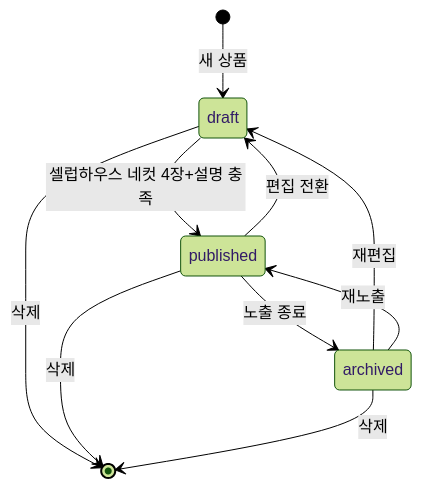
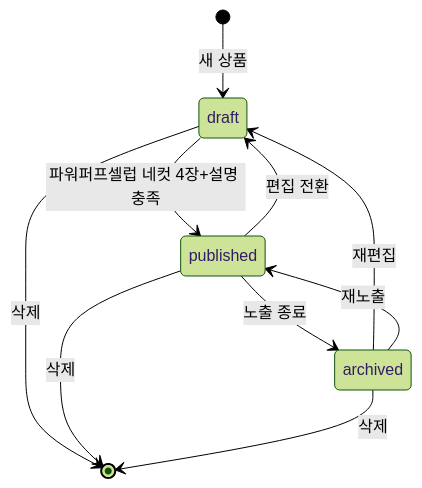
One commit to hwangsanghan0519/blog changed the third of 14 diagrams in README.md. Above: the diagram before and after it, drawn with Mermaid (forest theme). The commit also changed other lines of this file and 35 other files, not shown here.

````diff
--- a/README.md
+++ b/README.md
@@ -108,12 +108,12 @@
 ```mermaid
 stateDiagram-v2
   [*] --> draft: 새 상품
-  draft --> published: 셀럽하우스 네컷 4장+설명 충족
+  draft --> published: 파워퍼프셀럽 네컷 4장+설명 충족
   published --> draft: 편집 전환
   published --> archived: 노출 종료
   archived --> draft: 재편집
   archived --> published: 재노출
   draft --> [*]: 삭제
   published --> [*]: 삭제
   archived --> [*]: 삭제
 ```
````
